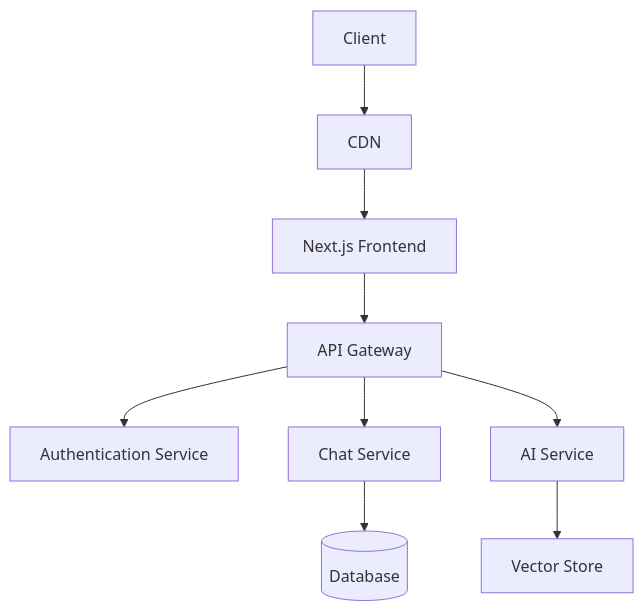
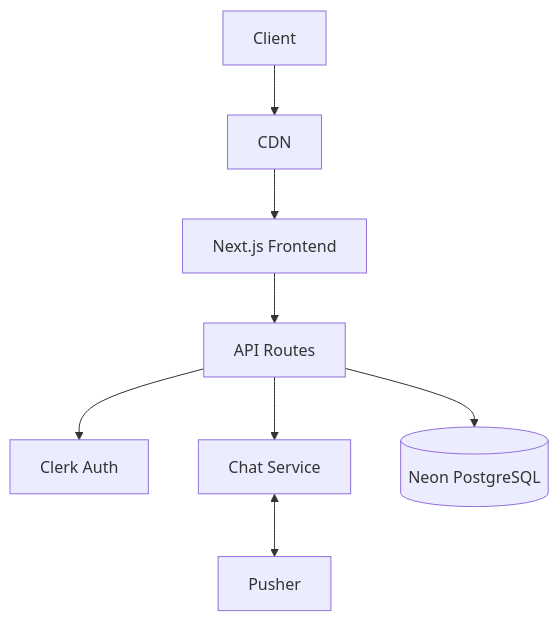
One commit to vin-dKR/hellium changed the third of 3 diagrams in README.md. Above: the diagram before and after it, drawn with Mermaid. The commit also changed other lines of this file, not shown here.

````diff
--- a/README.md
+++ b/README.md
@@ -300,11 +302,10 @@
 ```mermaid
 graph TD
     A[Client] --> B[CDN]
     B --> C[Next.js Frontend]
-    C --> D[API Gateway]
-    D --> E[Authentication Service]
+    C --> D[API Routes]
+    D --> E[Clerk Auth]
     D --> F[Chat Service]
-    D --> G[AI Service]
-    F --> H[(Database)]
-    G --> I[Vector Store]
+    D --> G[(Neon PostgreSQL)]
+    F <--> I[Pusher]
 ```
````
